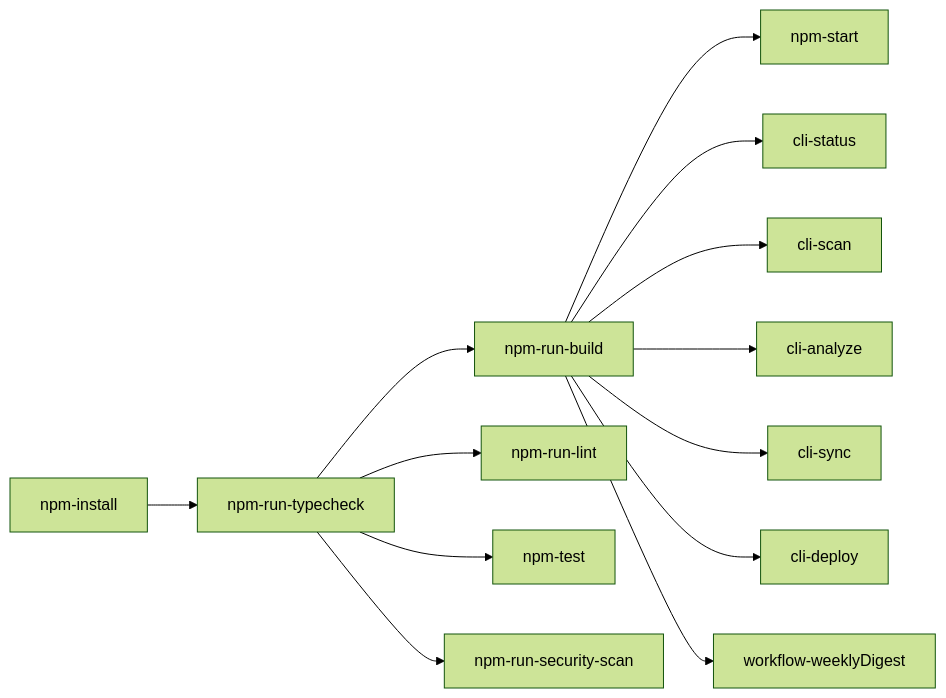
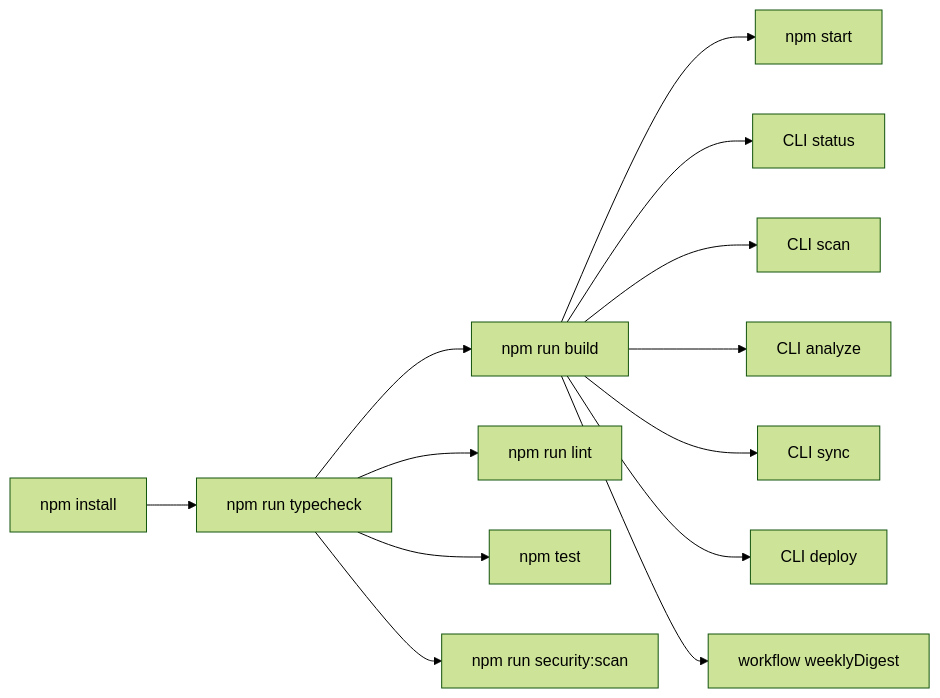
The eighth of 8 diagrams in 프로그램 흐름도.md (pandol69kim-bot/gitautopipe), drawn with Mermaid (forest theme) before and after one commit. The commit also changed other lines of this file and 5 other files, not shown here.

Commit message:
feat: Add new diagrams and update existing documentation for improved clarity and Mermaid compatibility

````diff
--- a/프로그램 흐름도.md
+++ b/프로그램 흐름도.md
@@ -230,28 +188,15 @@
 ```mermaid
-graph LR
-Install[npm-install]
-Typecheck[npm-run-typecheck]
-Build[npm-run-build]
-Start[npm-start]
-CLIStatus[cli-status]
-CLIScan[cli-scan]
-CLIAnalyze[cli-analyze]
-CLISync[cli-sync]
-CLIDeploy[cli-deploy]
-Weekly[workflow-weeklyDigest]
-Lint[npm-run-lint]
-Test[npm-test]
-SecretScan[npm-run-security-scan]
-Install --> Typecheck
-Typecheck --> Build
-Build --> Start
-Build --> CLIStatus
-Build --> CLIScan
-Build --> CLIAnalyze
-Build --> CLISync
-Build --> CLIDeploy
-Build --> Weekly
-Typecheck --> Lint
-Typecheck --> Test
-Typecheck --> SecretScan
+flowchart LR
+  Install["npm install"] --> Typecheck["npm run typecheck"]
+  Typecheck --> Build["npm run build"]
+  Build --> Start["npm start"]
+  Build --> CLIStatus["CLI status"]
+  Build --> CLIScan["CLI scan"]
+  Build --> CLIAnalyze["CLI analyze"]
+  Build --> CLISync["CLI sync"]
+  Build --> CLIDeploy["CLI deploy"]
+  Build --> Weekly["workflow weeklyDigest"]
+  Typecheck --> Lint["npm run lint"]
+  Typecheck --> Test["npm test"]
+  Typecheck --> SecretScan["npm run security:scan"]
 ```
````
